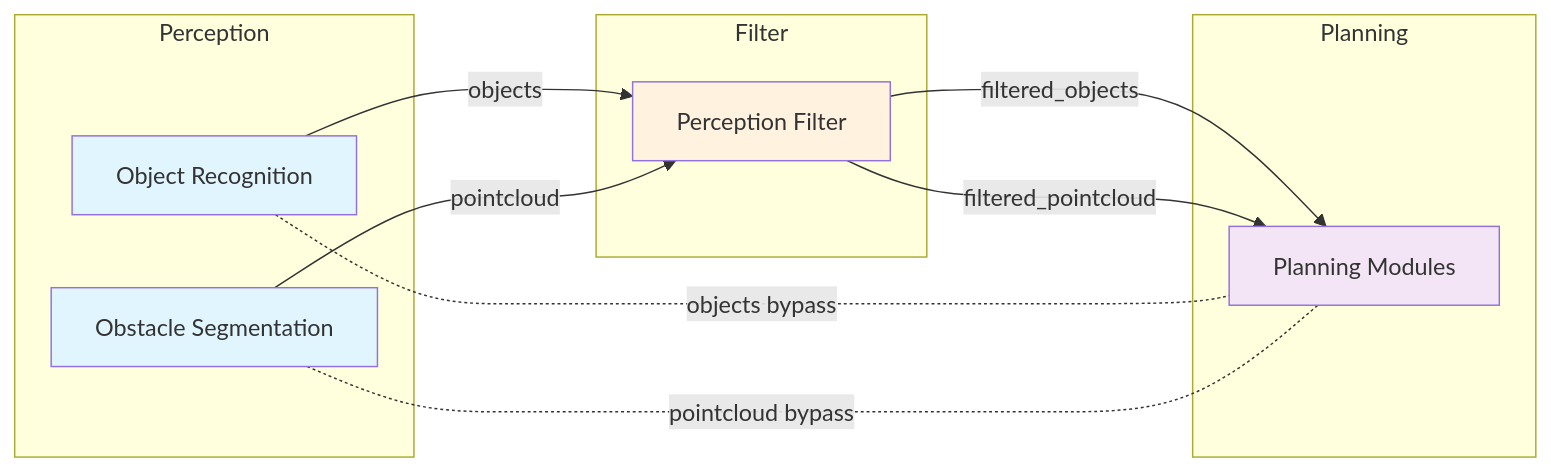
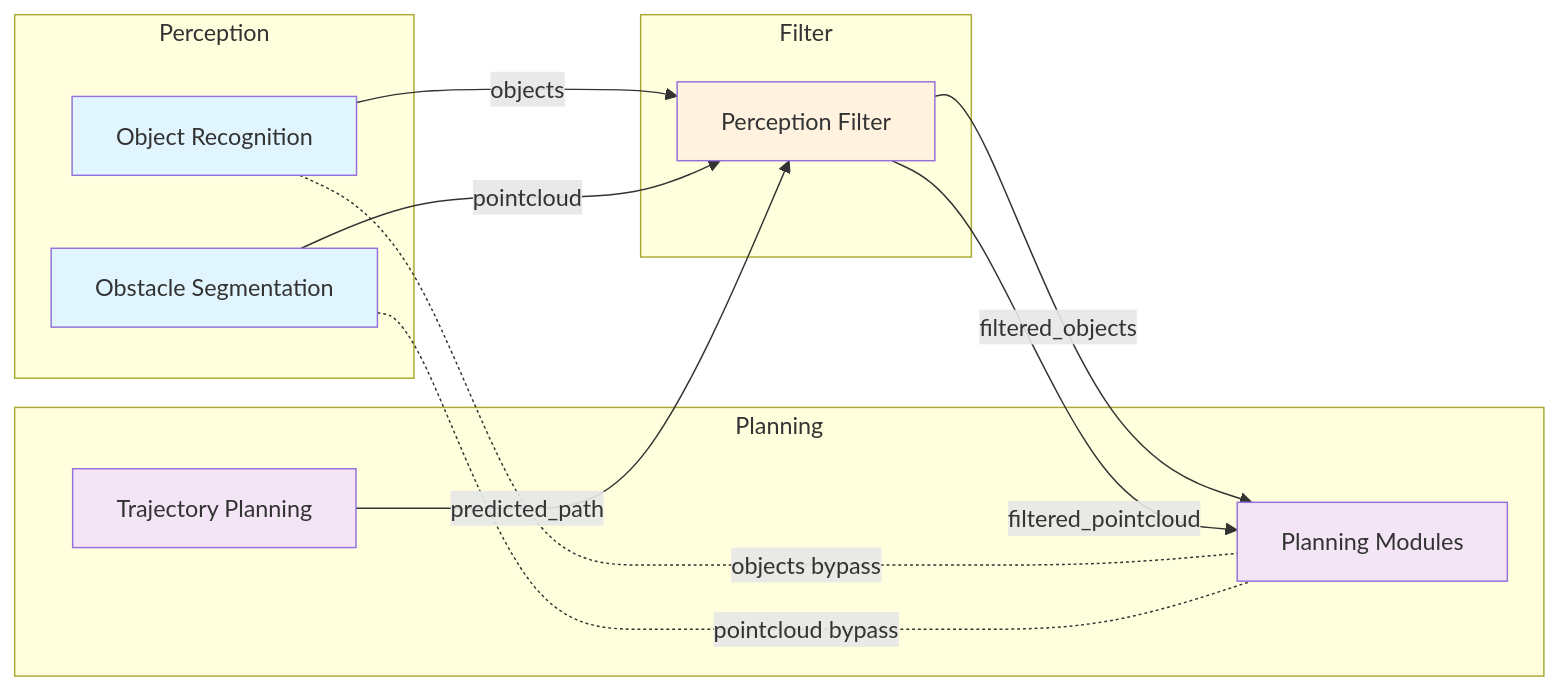
The first of 2 diagrams in perception/autoware_perception_filter/README.md (tier4/autoware_universe), drawn with Mermaid before and after one commit. The commit also changed other lines of this file and 6 other files, not shown here.

Commit message:
feat: add predicted path filtering to perception filter node

````diff
--- a/perception/autoware_perception_filter/README.md
+++ b/perception/autoware_perception_filter/README.md
@@ -61,31 +64,36 @@
 ```mermaid
 graph LR
     subgraph "Perception"
         P1[Object Recognition]
         P2[Obstacle Segmentation]
     end
 
+    subgraph "Planning"
+        PL1[Trajectory Planning]
+    end
+
     subgraph "Filter"
         F[Perception Filter]
     end
 
     subgraph "Planning"
-        PL[Planning Modules]
+        PL2[Planning Modules]
     end
 
     P1 -->|objects| F
     P2 -->|pointcloud| F
-    F -->|filtered_objects| PL
-    F -->|filtered_pointcloud| PL
+    PL1 -->|predicted_path| F
+    F -->|filtered_objects| PL2
+    F -->|filtered_pointcloud| PL2
 
-    P1 -.-|objects bypass| PL
-    P2 -.-|pointcloud bypass| PL
+    P1 -.-|objects bypass| PL2
+    P2 -.-|pointcloud bypass| PL2
 
     classDef perception fill:#e1f5fe
+    classDef planning fill:#f3e5f5
     classDef filter fill:#fff3e0
-    classDef planning fill:#f3e5f5
 
     class P1,P2 perception
+    class PL1,PL2 planning
     class F filter
-    class PL planning
 ```
````
